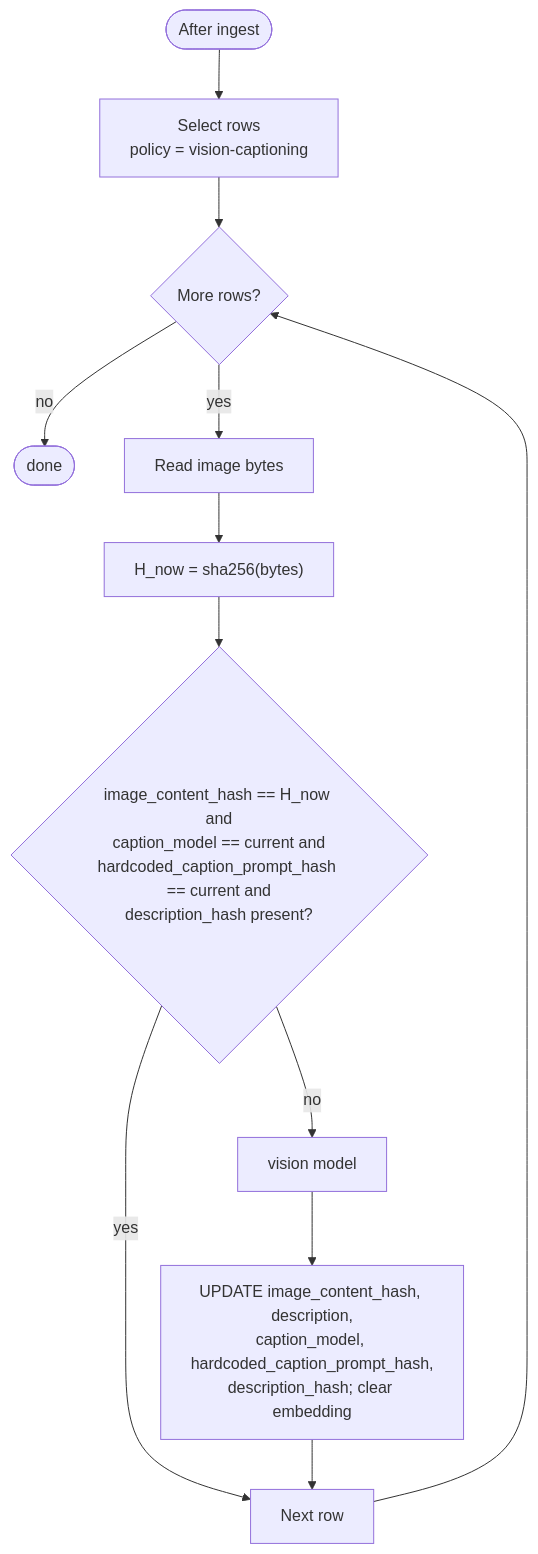
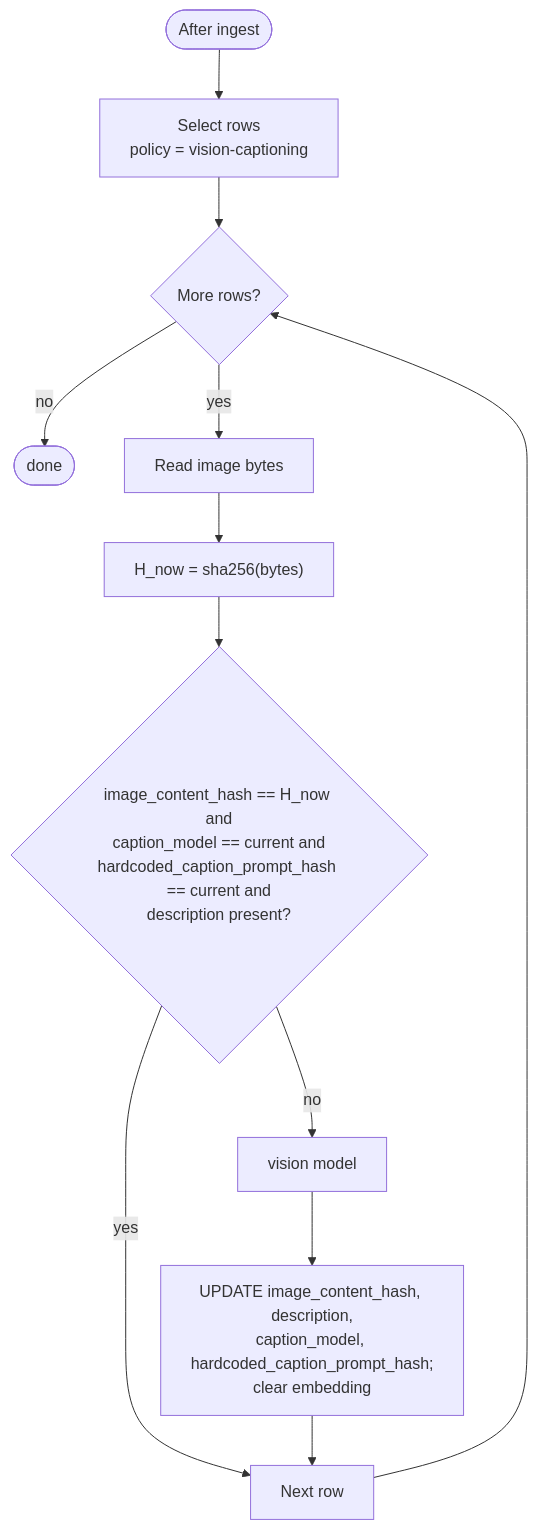
One commit to kyung-lee-official/neuxus changed the diagram in docs/modern-knowledge-base-design/03.2-image-descriptions.md. Above: the diagram before and after it, drawn with Mermaid. The commit also changed other lines of this file and 4 other files, not shown here.

Commit message:
refactor: remove `descriptionHash` from image description schema and related functions

````diff
--- a/docs/modern-knowledge-base-design/03.2-image-descriptions.md
+++ b/docs/modern-knowledge-base-design/03.2-image-descriptions.md
@@ -77,17 +76,17 @@
 ```mermaid
 ---
 theme: neo-dark
 ---
 flowchart TD
   Start([After ingest]) --> Select["Select rows<br/>policy = vision-captioning"]
   Select --> More{More rows?}
   More -- no --> Done([done])
   More -- yes --> Read[Read image bytes]
   Read --> Hash["H_now = sha256(bytes)"]
-  Hash --> Fresh{"image_content_hash == H_now and<br/>caption_model == current and<br/>hardcoded_caption_prompt_hash == current and<br/>description_hash present?"}
+  Hash --> Fresh{"image_content_hash == H_now and<br/>caption_model == current and<br/>hardcoded_caption_prompt_hash == current and<br/>description present?"}
   Fresh -- yes --> Next[Next row]
   Fresh -- no --> Vision["vision model"]
-  Vision --> Store["UPDATE image_content_hash, description,<br/>caption_model, hardcoded_caption_prompt_hash,<br/>description_hash; clear embedding"]
+  Vision --> Store["UPDATE image_content_hash, description,<br/>caption_model, hardcoded_caption_prompt_hash;<br/>clear embedding"]
   Store --> Next
   Next --> More
 ```
````
